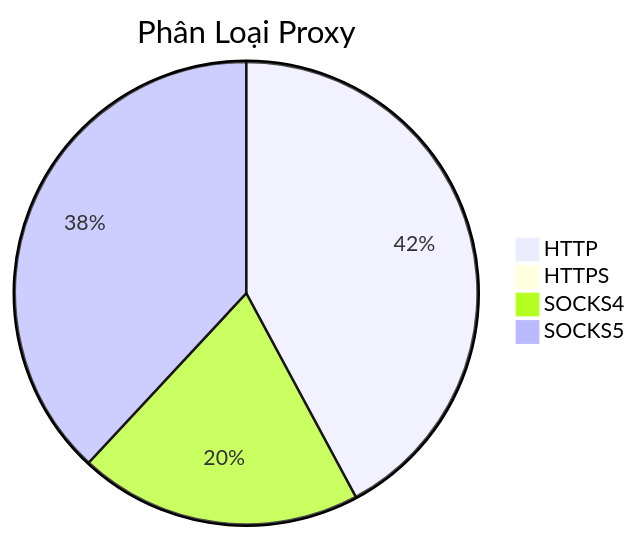
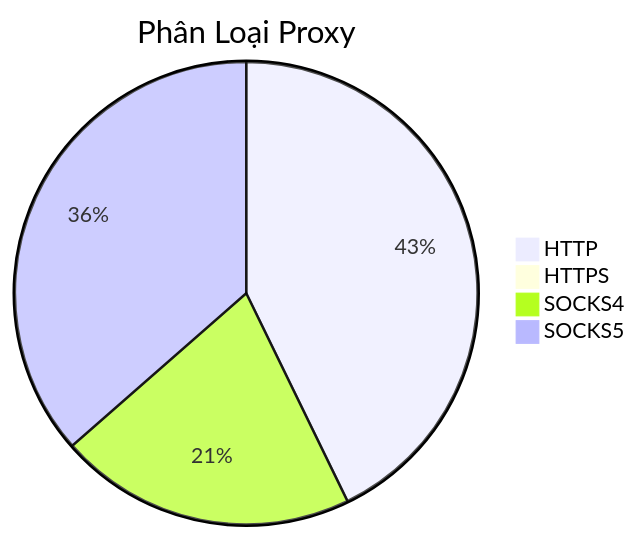
The diagram in README.md (Ciara-Aa/PROXY-free), drawn with Mermaid before and after one commit. The commit also changed other lines of this file and 4 other files, not shown here.

````diff
--- a/README.md
+++ b/README.md
@@ -26,7 +26,7 @@
 ```mermaid
 pie title Phân Loại Proxy
-    "HTTP" : 228
+    "HTTP" : 270
     "HTTPS" : 3
-    "SOCKS4" : 107
-    "SOCKS5" : 206
+    "SOCKS4" : 131
+    "SOCKS5" : 230
 ```
````
